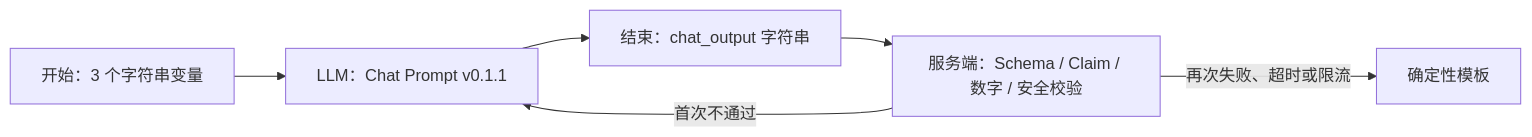
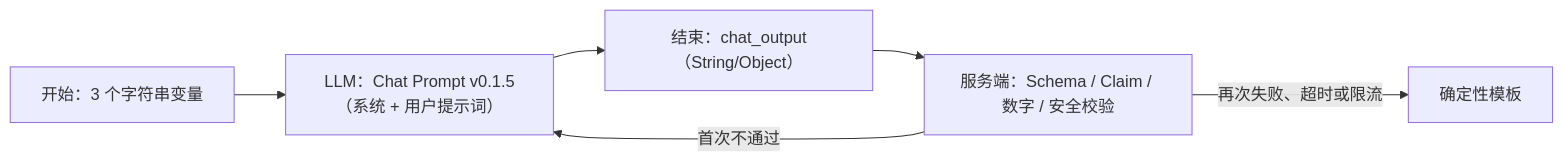
One commit to yininglee/ai-cycler changed the diagram in coze/ride_chat_v1-配置指南.md. Above: the diagram before and after it, drawn with Mermaid. The commit also changed other lines of this file and 57 other files, not shown here.

````diff
--- a/coze/ride_chat_v1-配置指南.md
+++ b/coze/ride_chat_v1-配置指南.md
@@ -20,8 +20,8 @@
 ```mermaid
 flowchart LR
-  S["开始：3 个字符串变量"] --> L["LLM：Chat Prompt v0.1.1"]
-  L --> E["结束：chat_output 字符串"]
+  S["开始：3 个字符串变量"] --> L["LLM：Chat Prompt v0.1.5（系统 + 用户提示词）"]
+  L --> E["结束：chat_output（String/Object）"]
   E --> V["服务端：Schema / Claim / 数字 / 安全校验"]
   V -->|"首次不通过"| L
   V -->|"再次失败、超时或限流"| F["确定性模板"]
 ```
````
